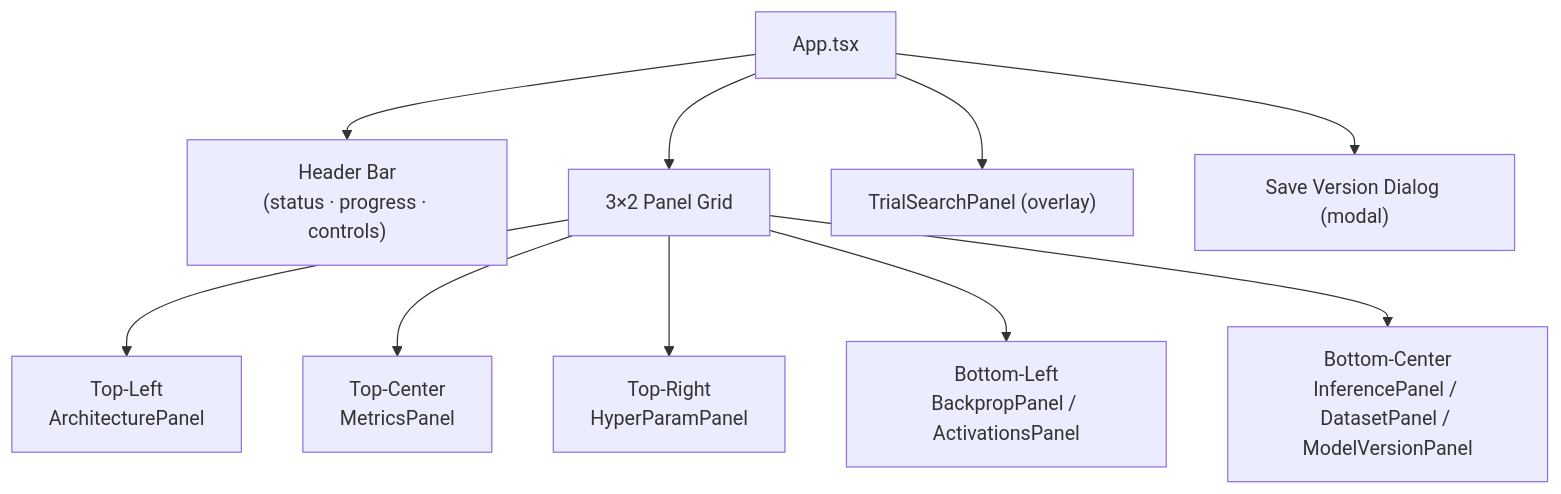
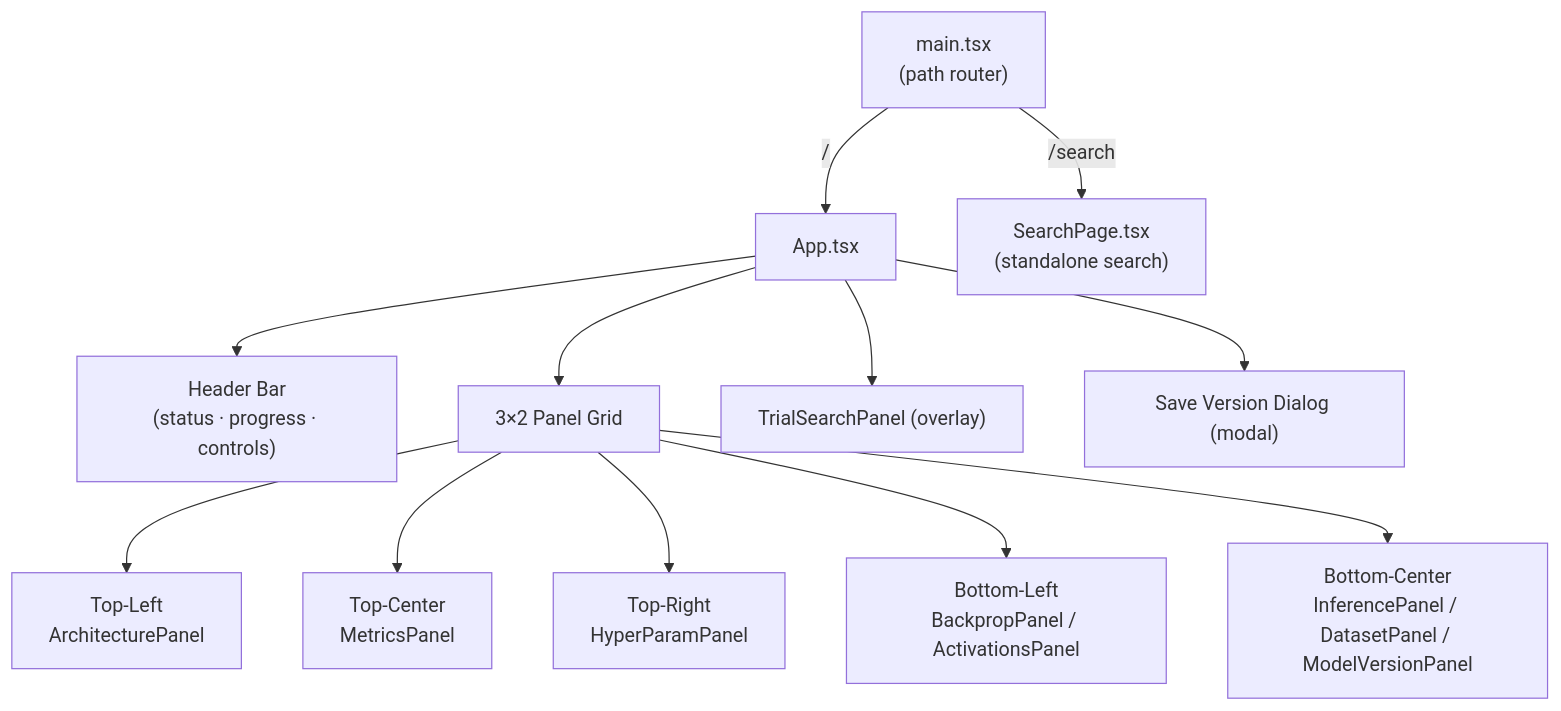
One commit to kamranash/ClinicalTrialsSearchEngine changed the second of 3 diagrams in README.md. Above: the diagram before and after it, drawn with Mermaid. The commit also changed other lines of this file, not shown here.

Commit message:
docs: update README for standalone search page, routing, paginated API, and nginx rewrite fix

````diff
--- a/README.md
+++ b/README.md
@@ -94,16 +103,19 @@
 ```mermaid
 graph TD
-    App["App.tsx"]
+    MAIN["main.tsx\n(path router)"]
 
-    App --> Header["Header Bar\n(status · progress · controls)"]
+    MAIN -- "/" --> App["App.tsx"]
+    MAIN -- "/search" --> SP["SearchPage.tsx\n(standalone search)"]
+
+    App --> Header["Header Bar\n(status · progress · controls)"] 
     App --> Grid["3×2 Panel Grid"]
 
     Grid --> TL["Top-Left\nArchitecturePanel"]
     Grid --> TC["Top-Center\nMetricsPanel"]
     Grid --> TR["Top-Right\nHyperParamPanel"]
     Grid --> BL["Bottom-Left\nBackpropPanel / ActivationsPanel"]
     Grid --> BC["Bottom-Center\nInferencePanel / DatasetPanel / ModelVersionPanel"]
 
     App --> TSP["TrialSearchPanel (overlay)"]
     App --> SaveDialog["Save Version Dialog (modal)"]
 ```
````
